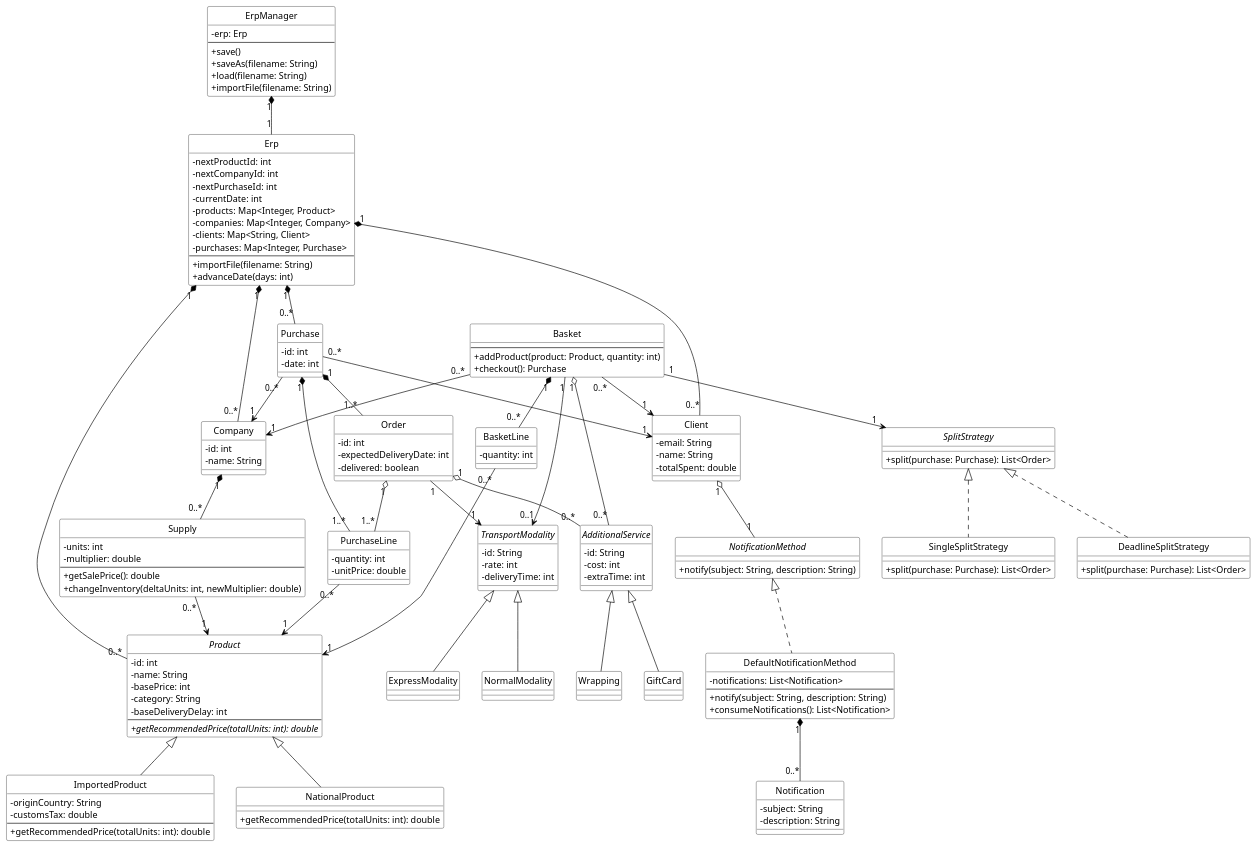
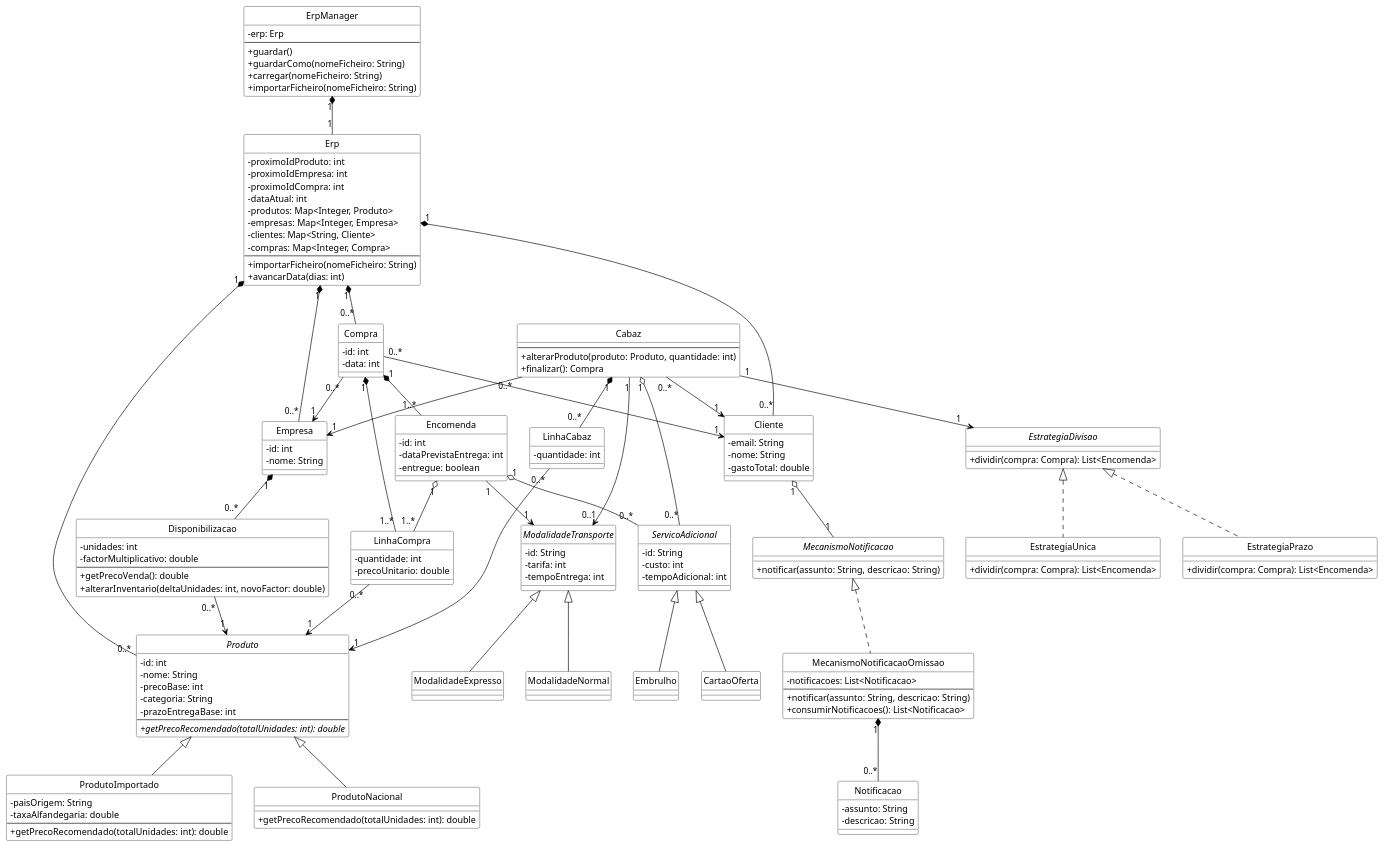
Before and after one commit to KukaTheBoss/Projecto-de-Programacao-com-Objectos: the diagram in UML/erp-domain.puml, drawn with PlantUML.

Commit message:
Traduz diagrama UML do domínio para português

```diff
--- a/UML/erp-domain.puml
+++ b/UML/erp-domain.puml
@@ -1,196 +1,196 @@
 @startuml erp-domain
 
 hide circle
 skinparam classAttributeIconSize 0
 skinparam class {
   BackgroundColor White
   ArrowColor Black
   BorderColor Black
 }
 
 ' ===================== Núcleo =====================
 
 class Erp {
-  - nextProductId: int
-  - nextCompanyId: int
-  - nextPurchaseId: int
-  - currentDate: int
-  - products: Map<Integer, Product>
-  - companies: Map<Integer, Company>
-  - clients: Map<String, Client>
-  - purchases: Map<Integer, Purchase>
+  - proximoIdProduto: int
+  - proximoIdEmpresa: int
+  - proximoIdCompra: int
+  - dataAtual: int
+  - produtos: Map<Integer, Produto>
+  - empresas: Map<Integer, Empresa>
+  - clientes: Map<String, Cliente>
+  - compras: Map<Integer, Compra>
   --
-  + importFile(filename: String)
-  + advanceDate(days: int)
+  + importarFicheiro(nomeFicheiro: String)
+  + avancarData(dias: int)
 }
 
 class ErpManager {
   - erp: Erp
   --
-  + save()
-  + saveAs(filename: String)
-  + load(filename: String)
-  + importFile(filename: String)
+  + guardar()
+  + guardarComo(nomeFicheiro: String)
+  + carregar(nomeFicheiro: String)
+  + importarFicheiro(nomeFicheiro: String)
 }
 
 ErpManager "1" *-- "1" Erp
 
 ' ===================== Produto =====================
 
-abstract class Product {
+abstract class Produto {
   - id: int
-  - name: String
-  - basePrice: int
-  - category: String
-  - baseDeliveryDelay: int
+  - nome: String
+  - precoBase: int
+  - categoria: String
+  - prazoEntregaBase: int
   --
-  + {abstract} getRecommendedPrice(totalUnits: int): double
+  + {abstract} getPrecoRecomendado(totalUnidades: int): double
 }
 
-class NationalProduct extends Product {
-  + getRecommendedPrice(totalUnits: int): double
+class ProdutoNacional extends Produto {
+  + getPrecoRecomendado(totalUnidades: int): double
 }
 
-class ImportedProduct extends Product {
-  - originCountry: String
-  - customsTax: double
+class ProdutoImportado extends Produto {
+  - paisOrigem: String
+  - taxaAlfandegaria: double
   --
-  + getRecommendedPrice(totalUnits: int): double
+  + getPrecoRecomendado(totalUnidades: int): double
 }
 
-' ===================== Empresa / Supply =====================
+' ===================== Empresa / Disponibilização =====================
 
-class Company {
+class Empresa {
   - id: int
-  - name: String
+  - nome: String
 }
 
-class Supply {
-  - units: int
-  - multiplier: double
+class Disponibilizacao {
+  - unidades: int
+  - factorMultiplicativo: double
   --
-  + getSalePrice(): double
-  + changeInventory(deltaUnits: int, newMultiplier: double)
+  + getPrecoVenda(): double
+  + alterarInventario(deltaUnidades: int, novoFactor: double)
 }
 
-Company "1" *-- "0..*" Supply
-Supply "0..*" --> "1" Product
+Empresa "1" *-- "0..*" Disponibilizacao
+Disponibilizacao "0..*" --> "1" Produto
 
 ' ===================== Cliente / Notificações =====================
 
-class Client {
+class Cliente {
   - email: String
-  - name: String
-  - totalSpent: double
+  - nome: String
+  - gastoTotal: double
 }
 
-interface NotificationMethod {
-  + notify(subject: String, description: String)
+interface MecanismoNotificacao {
+  + notificar(assunto: String, descricao: String)
 }
 
-class DefaultNotificationMethod implements NotificationMethod {
-  - notifications: List<Notification>
+class MecanismoNotificacaoOmissao implements MecanismoNotificacao {
+  - notificacoes: List<Notificacao>
   --
-  + notify(subject: String, description: String)
-  + consumeNotifications(): List<Notification>
+  + notificar(assunto: String, descricao: String)
+  + consumirNotificacoes(): List<Notificacao>
 }
 
-class Notification {
-  - subject: String
-  - description: String
+class Notificacao {
+  - assunto: String
+  - descricao: String
 }
 
-Client "1" o-- "1" NotificationMethod
-DefaultNotificationMethod "1" *-- "0..*" Notification
+Cliente "1" o-- "1" MecanismoNotificacao
+MecanismoNotificacaoOmissao "1" *-- "0..*" Notificacao
 
 ' ===================== Cabaz =====================
 
-class Basket {
+class Cabaz {
   --
-  + addProduct(product: Product, quantity: int)
-  + checkout(): Purchase
+  + alterarProduto(produto: Produto, quantidade: int)
+  + finalizar(): Compra
 }
 
-class BasketLine {
-  - quantity: int
+class LinhaCabaz {
+  - quantidade: int
 }
 
-Basket "1" *-- "0..*" BasketLine
-BasketLine "0..*" --> "1" Product
-Basket "0..*" --> "1" Client
-Basket "0..*" --> "1" Company
-Basket "1" --> "1" SplitStrategy
-Basket "1" --> "0..1" TransportModality
-Basket "1" o-- "0..*" AdditionalService
+Cabaz "1" *-- "0..*" LinhaCabaz
+LinhaCabaz "0..*" --> "1" Produto
+Cabaz "0..*" --> "1" Cliente
+Cabaz "0..*" --> "1" Empresa
+Cabaz "1" --> "1" EstrategiaDivisao
+Cabaz "1" --> "0..1" ModalidadeTransporte
+Cabaz "1" o-- "0..*" ServicoAdicional
 
 ' ===================== Estratégia de divisão =====================
 
-interface SplitStrategy {
-  + split(purchase: Purchase): List<Order>
+interface EstrategiaDivisao {
+  + dividir(compra: Compra): List<Encomenda>
 }
 
-class SingleSplitStrategy implements SplitStrategy {
-  + split(purchase: Purchase): List<Order>
+class EstrategiaUnica implements EstrategiaDivisao {
+  + dividir(compra: Compra): List<Encomenda>
 }
 
-class DeadlineSplitStrategy implements SplitStrategy {
-  + split(purchase: Purchase): List<Order>
+class EstrategiaPrazo implements EstrategiaDivisao {
+  + dividir(compra: Compra): List<Encomenda>
 }
 
 ' ===================== Modalidade de transporte =====================
 
-abstract class TransportModality {
+abstract class ModalidadeTransporte {
   - id: String
-  - rate: int
-  - deliveryTime: int
+  - tarifa: int
+  - tempoEntrega: int
 }
 
-class NormalModality extends TransportModality
-class ExpressModality extends TransportModality
+class ModalidadeNormal extends ModalidadeTransporte
+class ModalidadeExpresso extends ModalidadeTransporte
 
 ' ===================== Serviço adicional =====================
 
-abstract class AdditionalService {
+abstract class ServicoAdicional {
   - id: String
-  - cost: int
-  - extraTime: int
+  - custo: int
+  - tempoAdicional: int
 }
 
-class Wrapping extends AdditionalService
-class GiftCard extends AdditionalService
+class Embrulho extends ServicoAdicional
+class CartaoOferta extends ServicoAdicional
 
 ' ===================== Compra / Encomenda =====================
 
-class Purchase {
+class Compra {
   - id: int
-  - date: int
+  - data: int
 }
 
-class PurchaseLine {
-  - quantity: int
-  - unitPrice: double
+class LinhaCompra {
+  - quantidade: int
+  - precoUnitario: double
 }
 
-class Order {
+class Encomenda {
   - id: int
-  - expectedDeliveryDate: int
-  - delivered: boolean
+  - dataPrevistaEntrega: int
+  - entregue: boolean
 }
 
-Purchase "0..*" --> "1" Client
-Purchase "0..*" --> "1" Company
-Purchase "1" *-- "1..*" PurchaseLine
-PurchaseLine "0..*" --> "1" Product
-Purchase "1" *-- "1..*" Order
-Order "1" --> "1" TransportModality
-Order "1" o-- "0..*" AdditionalService
-Order "1" o-- "1..*" PurchaseLine
+Compra "0..*" --> "1" Cliente
+Compra "0..*" --> "1" Empresa
+Compra "1" *-- "1..*" LinhaCompra
+LinhaCompra "0..*" --> "1" Produto
+Compra "1" *-- "1..*" Encomenda
+Encomenda "1" --> "1" ModalidadeTransporte
+Encomenda "1" o-- "0..*" ServicoAdicional
+Encomenda "1" o-- "1..*" LinhaCompra
 
 ' ===================== Ligações ao núcleo =====================
 
-Erp "1" *-- "0..*" Product
-Erp "1" *-- "0..*" Company
-Erp "1" *-- "0..*" Client
-Erp "1" *-- "0..*" Purchase
+Erp "1" *-- "0..*" Produto
+Erp "1" *-- "0..*" Empresa
+Erp "1" *-- "0..*" Cliente
+Erp "1" *-- "0..*" Compra
 
 @enduml
```
